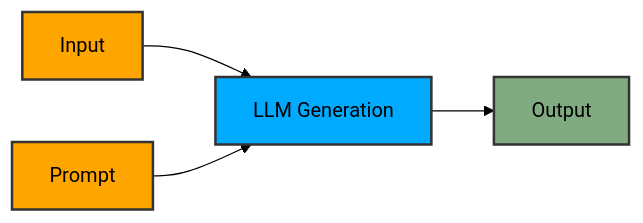
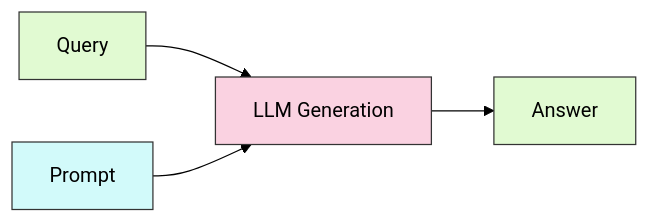
The second of 4 diagrams in docs/Understanding/agents/rag.md (ianderrington/genai), drawn with Mermaid (forest theme) before and after one commit. The commit also changed other lines of this file and 1 other file, not shown here.

````diff
--- a/docs/Understanding/agents/rag.md
+++ b/docs/Understanding/agents/rag.md
@@ -46,11 +48,11 @@
         ```mermaid
         graph LR
-            style Input fill:#FFA500,stroke:#333,stroke-width:2px
-            style Prompt fill:#FFA500,stroke:#333,stroke-width:2px
-            style Generator fill:#00AAFF,stroke:#333,stroke-width:2px
-            style Output fill:#80AA80,stroke:#333,stroke-width:2px
+            style Query fill:#E1FAD2,stroke:#333,stroke-width:1px
+            style Prompt fill:#D2FAFA,stroke:#333,stroke-width:1px
+            style Generator fill:#FAD2E1,stroke:#333,stroke-width:1px
+            style Answer fill:#E1FAD2,stroke:#333,stroke-width:1px
         
-            Input --> Generator[LLM Generation]
+            Query --> Generator[LLM Generation]
             Prompt --> Generator
-            Generator --> Output
+            Generator --> Answer
         ```
````
